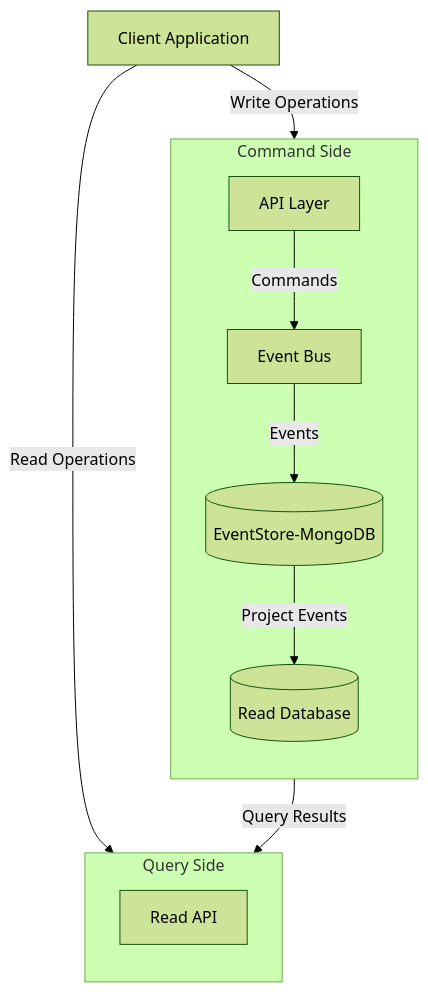
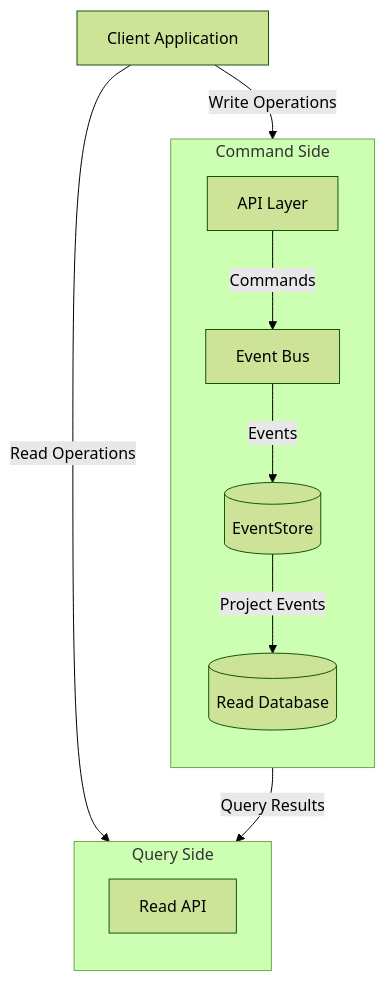
The diagram in test.md (staruser143/dash-app), drawn with Mermaid (forest theme) before and after one commit.

````diff
--- a/test.md
+++ b/test.md
@@ -1,27 +1,27 @@
 ```mermaid
 flowchart TB
    Client[Client Application]
    API[API Layer]
    EventBus[ Event Bus]
-   MongoDB[(EventStore-MongoDB)]
+   EventStore[(EventStore)]
    ReadDB[(Read Database)]
 
    subgraph Command Side
        direction TB
        API --> |Commands| EventBus
-       EventBus--> |Events| MongoDB
-       MongoDB-->|Project Events| ReadDB
+       EventBus--> |Events| EventStore
+       EventStore-->|Project Events| ReadDB
    end
 
    subgraph Query Side
         direction TB
         ReadAPI[Read API]
         ReadDB-->|Query Results| ReadAPI
    end
 
    Client -->|Write Operations| API
    Client -->|Read Operations| ReadAPI
    
 
 
 ```
````
